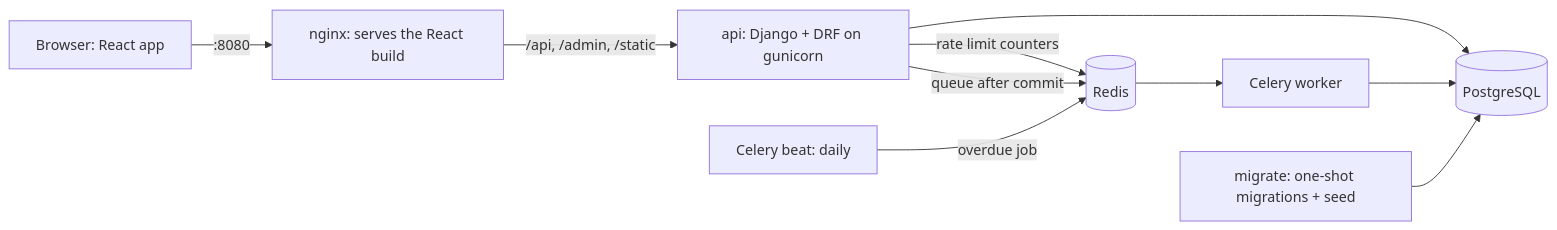
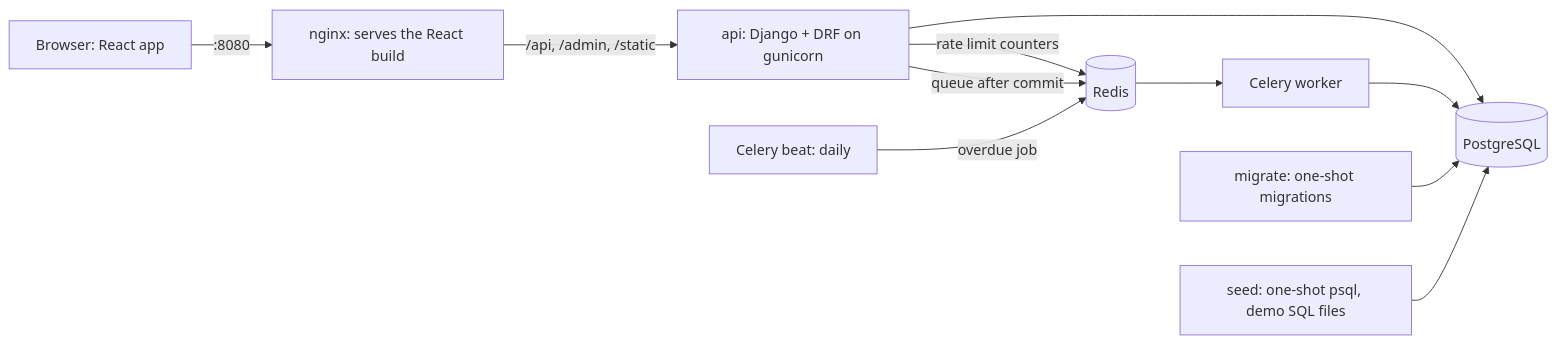
The first of 2 diagrams in README.md (Icaro-Salgado/taskmanager), drawn with Mermaid before and after one commit. The commit also changed other lines of this file and 17 other files, not shown here.

First line of the commit message:
Move the demo data to SQL files loaded by psql, add --no-seed, slim README Part 1

````diff
--- a/README.md
+++ b/README.md
@@ -198,12 +73,13 @@
 ```mermaid
 flowchart LR
     browser[Browser: React app] -->|":8080"| nginx[nginx: serves the React build]
     nginx -->|"/api, /admin, /static"| api[api: Django + DRF on gunicorn]
     api --> db[(PostgreSQL)]
     api -->|"rate limit counters"| redis[(Redis)]
     api -->|"queue after commit"| redis
     redis --> worker[Celery worker]
     beat[Celery beat: daily] -->|"overdue job"| redis
     worker --> db
-    migrate[migrate: one-shot migrations + seed] --> db
+    migrate[migrate: one-shot migrations] --> db
+    seed[seed: one-shot psql, demo SQL files] --> db
 ```
````
